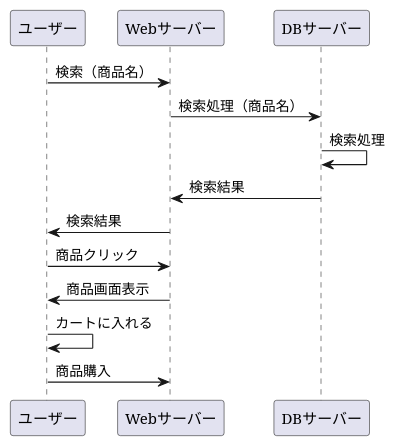
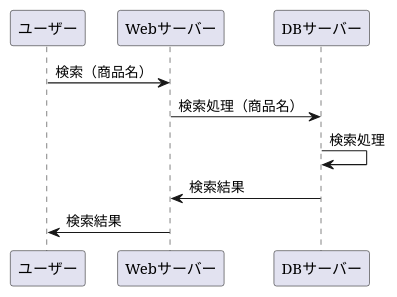
Before and after one commit to Aso2001384/2021sys-design: the diagram in ECsite_frontwork.md, drawn with PlantUML.

````diff
--- a/ECsite_frontwork.md
+++ b/ECsite_frontwork.md
@@ -1,15 +1,11 @@
 ```uml
 @startuml
 
 ユーザー -> Webサーバー : 検索（商品名）
 Webサーバー -> DBサーバー : 検索処理（商品名）
 DBサーバー -> DBサーバー : 検索処理
 DBサーバー -> Webサーバー : 検索結果
 Webサーバー -> ユーザー : 検索結果
-ユーザー -> Webサーバー : 商品クリック
-Webサーバー -> ユーザー : 商品画面表示
-ユーザー -> ユーザー : カートに入れる
-ユーザー -> Webサーバー : 商品購入
 
 @enduml
 ```
````
